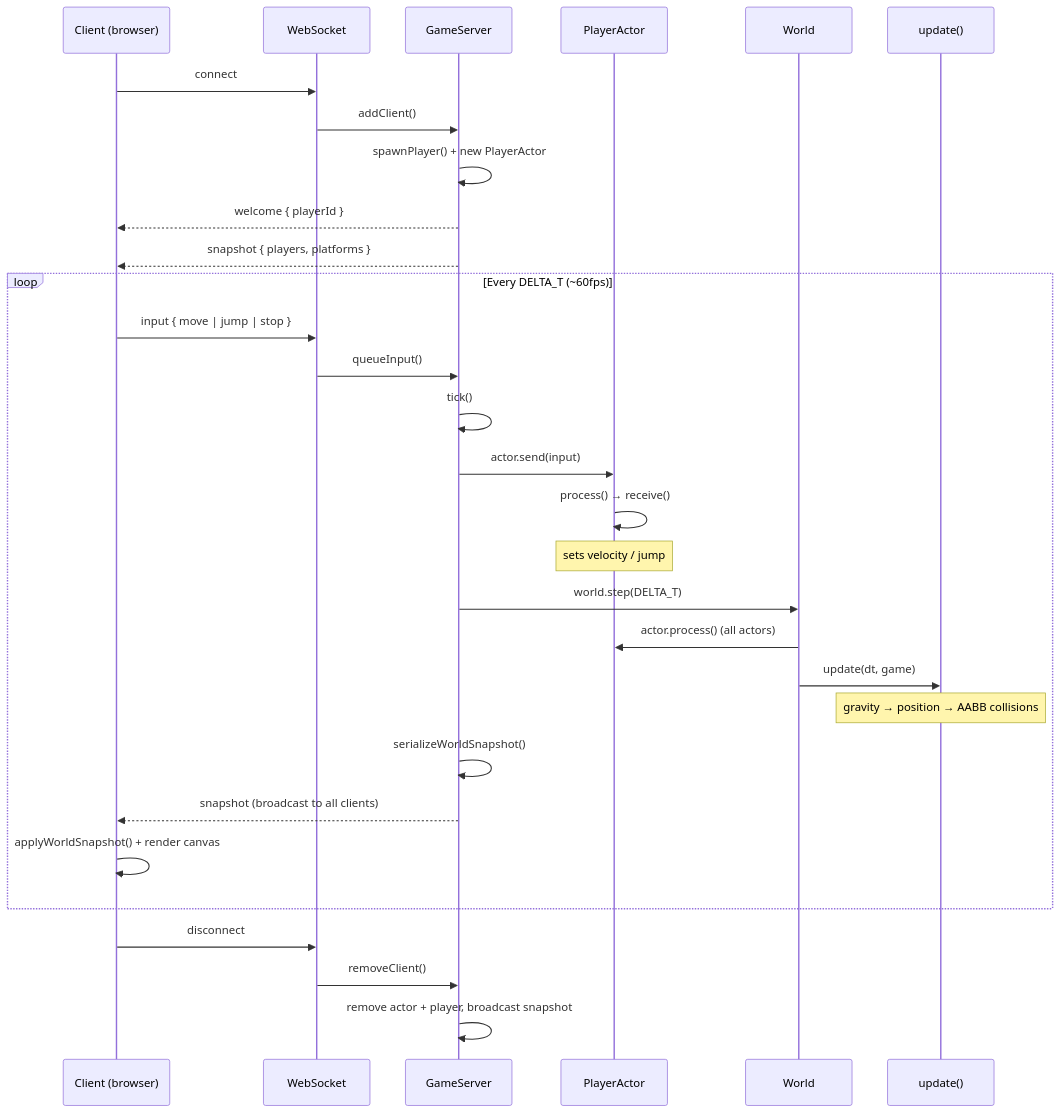
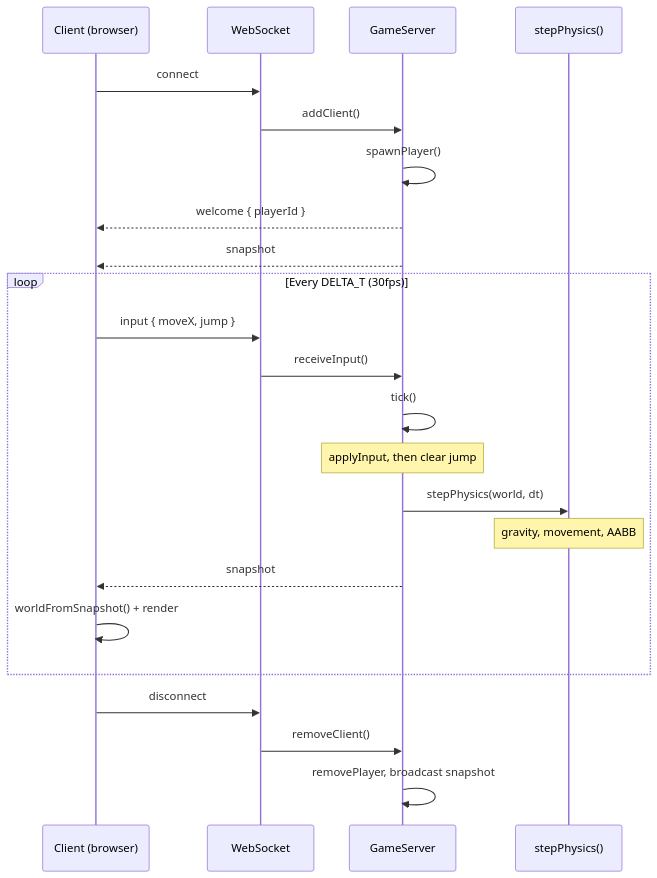
One commit to adilsaid64/multiplayer-game-sim changed the second of 2 diagrams in README.md. Above: the diagram before and after it, drawn with Mermaid. The commit also changed other lines of this file and 22 other files, not shown here.

````diff
--- a/README.md
+++ b/README.md
@@ -66,35 +64,28 @@
 ```mermaid
 sequenceDiagram
     participant Browser as Client (browser)
     participant WS as WebSocket
     participant GS as GameServer
-    participant PA as PlayerActor
-    participant W as World
-    participant U as update()
+    participant Sim as stepPhysics()
 
     Browser->>WS: connect
     WS->>GS: addClient()
-    GS->>GS: spawnPlayer() + new PlayerActor
+    GS->>GS: spawnPlayer()
     GS-->>Browser: welcome { playerId }
-    GS-->>Browser: snapshot { players, platforms }
+    GS-->>Browser: snapshot
 
-    loop Every DELTA_T (~60fps)
-        Browser->>WS: input { move | jump | stop }
-        WS->>GS: queueInput()
+    loop Every DELTA_T (30fps)
+        Browser->>WS: input { moveX, jump }
+        WS->>GS: receiveInput()
         GS->>GS: tick()
-        GS->>PA: actor.send(input)
-        PA->>PA: process() → receive()
-        Note over PA: sets velocity / jump
-        GS->>W: world.step(DELTA_T)
-        W->>PA: actor.process() (all actors)
-        W->>U: update(dt, game)
-        Note over U: gravity → position → AABB collisions
-        GS->>GS: serializeWorldSnapshot()
-        GS-->>Browser: snapshot (broadcast to all clients)
-        Browser->>Browser: applyWorldSnapshot() + render canvas
+        Note over GS: applyInput, then clear jump
+        GS->>Sim: stepPhysics(world, dt)
+        Note over Sim: gravity, movement, AABB
+        GS-->>Browser: snapshot
+        Browser->>Browser: worldFromSnapshot() + render
     end
 
     Browser->>WS: disconnect
     WS->>GS: removeClient()
-    GS->>GS: remove actor + player, broadcast snapshot
+    GS->>GS: removePlayer, broadcast snapshot
 ```
````
